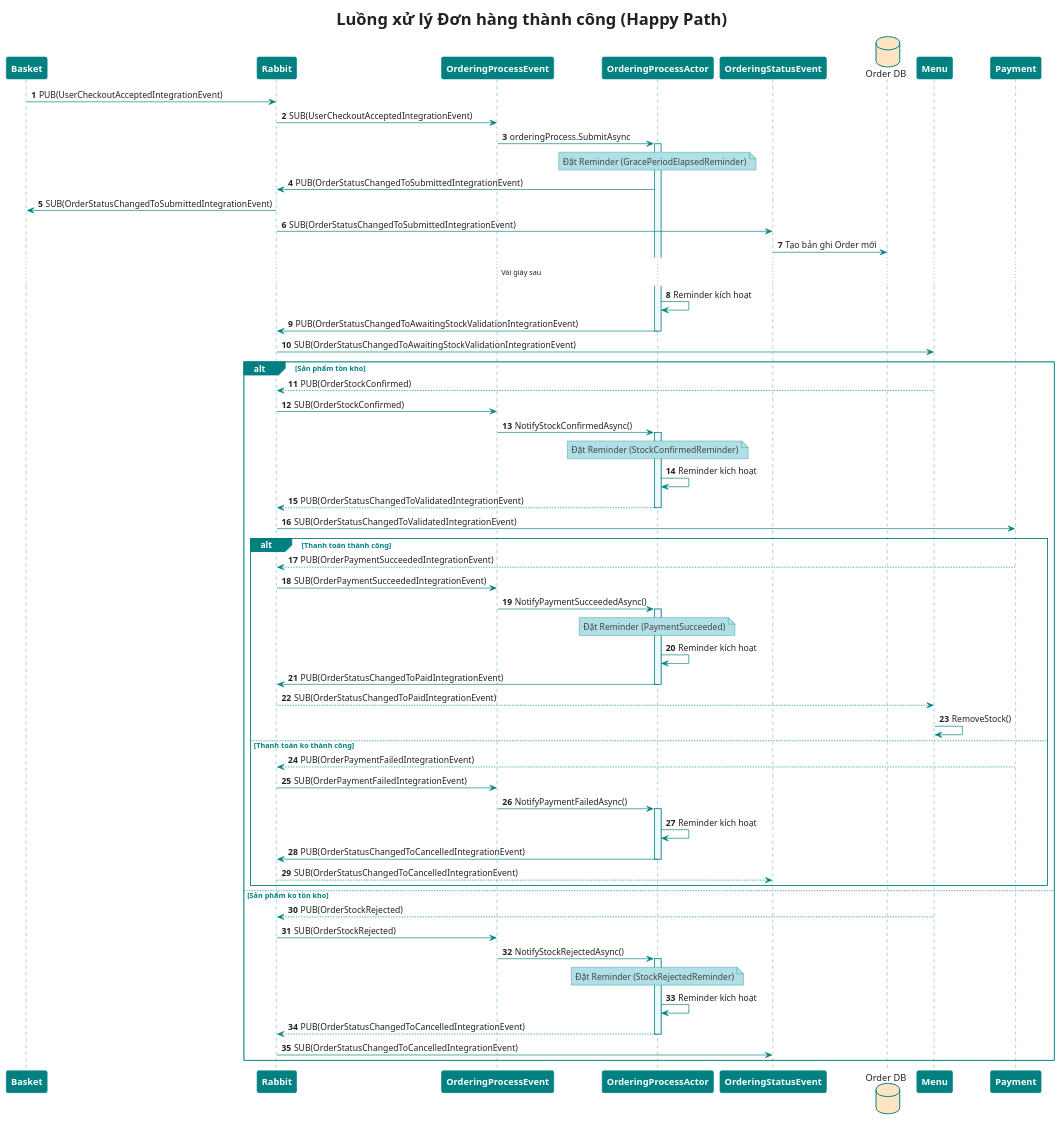
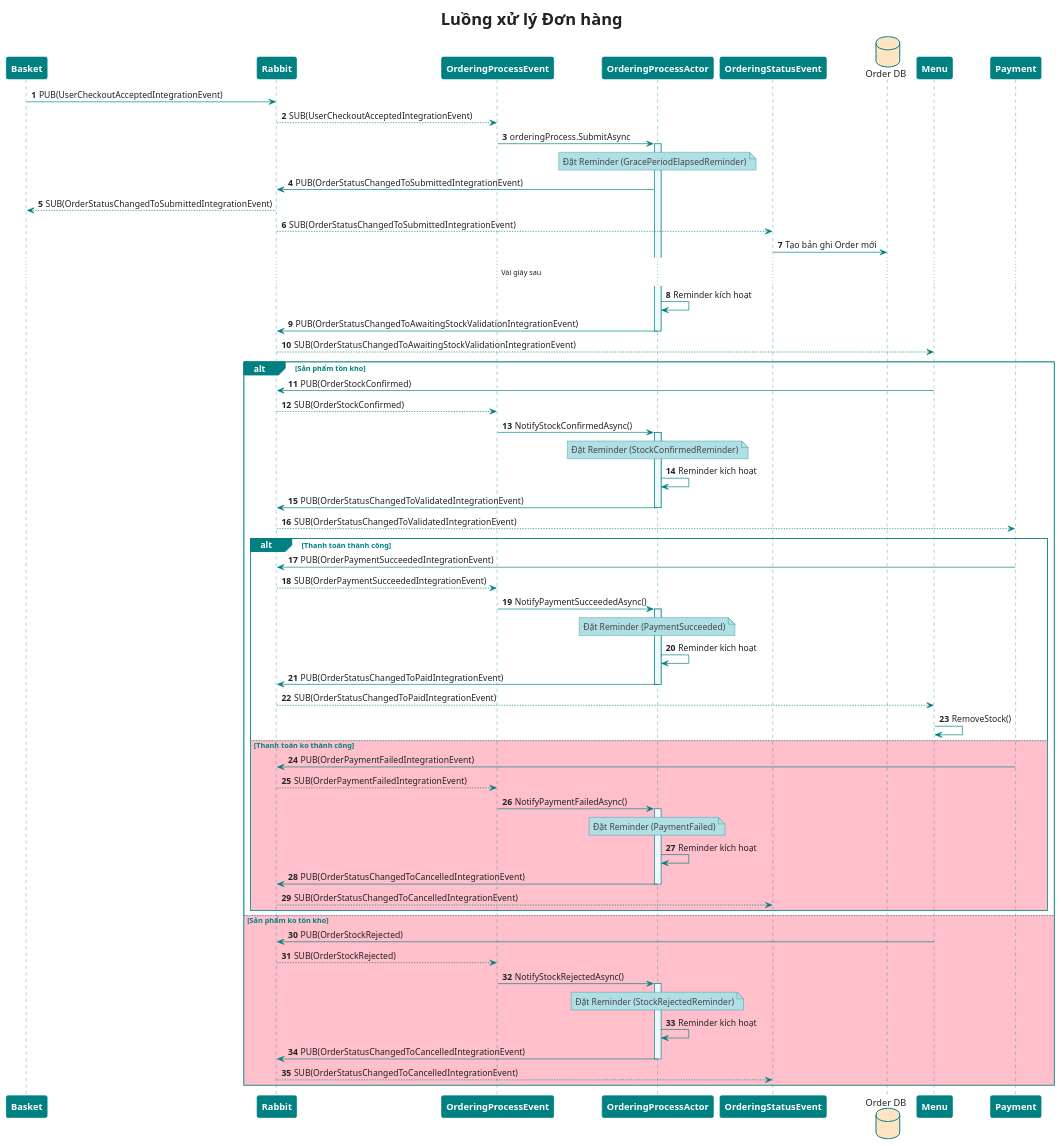
The diagram in Backend/SEQ/Order/ResolvingOrder.puml (MinhTrinh04/Beef-Restaurant), drawn with PlantUML before and after one commit. The commit also changed 5 other files, not shown here.

Commit message:
Update SEQ diagrams DONE

```diff
--- a/Backend/SEQ/Order/ResolvingOrder.puml
+++ b/Backend/SEQ/Order/ResolvingOrder.puml
@@ -1,113 +1,114 @@
 @startuml
 'https://plantuml.com/sequence-diagram
 skinparam shadowing false
 skinparam responseMessageBelowArrow false
 skinparam DefaultFontColor #222
 skinparam TitleFontSize 25
 skinparam NoteBorderColor #teal
 skinparam NoteBackgroundColor #powderblue
 skinparam NoteFontColor 444
 skinparam DatabaseBorderColor #teal
 skinparam DatabaseBackgroundColor #bisque
 skinparam sequence {
 ParticipantBorderThickness 1
 ParticipantBorderColor #teal
 ParticipantBackgroundColor #teal
 ParticipantFontColor #white
 ParticipantFontSize 14
 ParticipantFontStyle bold
 LifeLineBorderColor #teal
 LifeLineBackgroundColor #aliceblue
 ArrowColor #teal
 ActorBorderColor #teal
 GroupBorderThickness 1
 GroupBorderColor #teal
 GroupHeaderFontColor #white
 GroupBackgroundColor #teal
 GroupFontColor #teal
 ReferenceBorderThickness 1
 ReferenceBorderColor #teal
 ReferenceBackgroundColor #aliceblue
 ReferenceHeaderBackgroundColor #white
 ReferenceFontColor #teal
 }
 autonumber
 
-title Luồng xử lý Đơn hàng thành công (Happy Path)
+title Luồng xử lý Đơn hàng
 
 participant "Basket" as Basket
 participant "Rabbit" as MQ
 participant "OrderingProcessEvent" as OPE
 participant "OrderingProcessActor" as Actor
 participant "OrderingStatusEvent" as OSE
 database "Order DB" as DB
 participant "Menu" as Menu
 participant "Payment" as Payment
 
     Basket -> MQ: PUB(UserCheckoutAcceptedIntegrationEvent)
-    MQ -> OPE: SUB(UserCheckoutAcceptedIntegrationEvent)
+    MQ --> OPE: SUB(UserCheckoutAcceptedIntegrationEvent)
     OPE -> Actor: orderingProcess.SubmitAsync
     activate Actor
     note over Actor: Đặt Reminder (GracePeriodElapsedReminder)
     Actor -> MQ: PUB(OrderStatusChangedToSubmittedIntegrationEvent)
 
-    MQ -> Basket: SUB(OrderStatusChangedToSubmittedIntegrationEvent)
-    MQ -> OSE: SUB(OrderStatusChangedToSubmittedIntegrationEvent)
+    MQ --> Basket: SUB(OrderStatusChangedToSubmittedIntegrationEvent)
+    MQ --> OSE: SUB(OrderStatusChangedToSubmittedIntegrationEvent)
     OSE -> DB: Tạo bản ghi Order mới
 
     ... Vài giây sau ...
     Actor -> Actor: Reminder kích hoạt
     Actor -> MQ: PUB(OrderStatusChangedToAwaitingStockValidationIntegrationEvent)
     deactivate Actor
     
-    MQ -> Menu: SUB(OrderStatusChangedToAwaitingStockValidationIntegrationEvent)
+    MQ --> Menu: SUB(OrderStatusChangedToAwaitingStockValidationIntegrationEvent)
 
 alt Sản phẩm tồn kho
-    Menu --> MQ: PUB(OrderStockConfirmed)
-    MQ -> OPE: SUB(OrderStockConfirmed)
+    Menu -> MQ: PUB(OrderStockConfirmed)
+    MQ --> OPE: SUB(OrderStockConfirmed)
     OPE -> Actor: NotifyStockConfirmedAsync()
     activate Actor
     note over Actor: Đặt Reminder (StockConfirmedReminder)
     Actor -> Actor: Reminder kích hoạt
-    Actor --> MQ: PUB(OrderStatusChangedToValidatedIntegrationEvent)
+    Actor -> MQ: PUB(OrderStatusChangedToValidatedIntegrationEvent)
     deactivate Actor
-    MQ -> Payment: SUB(OrderStatusChangedToValidatedIntegrationEvent)
+    MQ --> Payment: SUB(OrderStatusChangedToValidatedIntegrationEvent)
 
     alt Thanh toán thành công
-        Payment --> MQ: PUB(OrderPaymentSucceededIntegrationEvent)
-        MQ -> OPE: SUB(OrderPaymentSucceededIntegrationEvent)
+        Payment -> MQ: PUB(OrderPaymentSucceededIntegrationEvent)
+        MQ --> OPE: SUB(OrderPaymentSucceededIntegrationEvent)
         OPE -> Actor: NotifyPaymentSucceededAsync()
         activate Actor
             note over Actor: Đặt Reminder (PaymentSucceeded)
             Actor -> Actor: Reminder kích hoạt
             Actor -> MQ: PUB(OrderStatusChangedToPaidIntegrationEvent)
         deactivate Actor
         MQ --> Menu: SUB(OrderStatusChangedToPaidIntegrationEvent)
         Menu -> Menu: RemoveStock()
 
 
-    else Thanh toán ko thành công
-    Payment --> MQ: PUB(OrderPaymentFailedIntegrationEvent)
-    MQ-> OPE: SUB(OrderPaymentFailedIntegrationEvent)
+    else #Pink Thanh toán ko thành công
+    Payment -> MQ: PUB(OrderPaymentFailedIntegrationEvent)
+    MQ--> OPE: SUB(OrderPaymentFailedIntegrationEvent)
     OPE -> Actor: NotifyPaymentFailedAsync()
     activate Actor
+    note over Actor: Đặt Reminder (PaymentFailed)
     Actor -> Actor: Reminder kích hoạt
     Actor -> MQ: PUB(OrderStatusChangedToCancelledIntegrationEvent)
     deactivate Actor
     MQ--> OSE: SUB(OrderStatusChangedToCancelledIntegrationEvent)
 
     end
 
-else Sản phẩm ko tồn kho
-    Menu --> MQ: PUB(OrderStockRejected)
-    MQ -> OPE: SUB(OrderStockRejected)
+else #Pink Sản phẩm ko tồn kho
+    Menu -> MQ: PUB(OrderStockRejected)
+    MQ --> OPE: SUB(OrderStockRejected)
     OPE -> Actor: NotifyStockRejectedAsync()
     activate Actor
     note over Actor: Đặt Reminder (StockRejectedReminder)
     Actor -> Actor: Reminder kích hoạt
-    Actor --> MQ: PUB(OrderStatusChangedToCancelledIntegrationEvent)
+    Actor -> MQ: PUB(OrderStatusChangedToCancelledIntegrationEvent)
     deactivate Actor
-    MQ-> OSE: SUB(OrderStatusChangedToCancelledIntegrationEvent)
+    MQ --> OSE: SUB(OrderStatusChangedToCancelledIntegrationEvent)
 end
 
 @enduml
```
